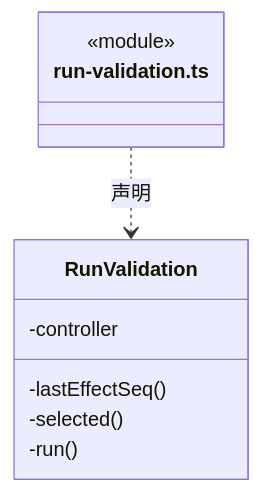
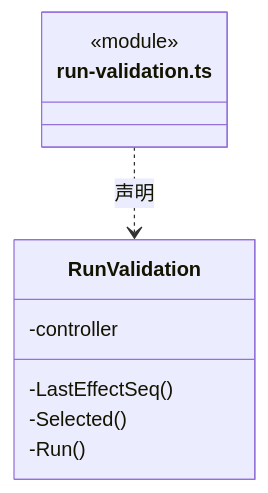
Diagram 16 of 18 in src/logic/execution/rules/capabilities/ARCHITECTURE.md (nan023062/cbim), drawn with Mermaid before and after one commit. The commit also changed other lines of this file and 1035 other files, not shown here.

````diff
--- a/src/logic/execution/rules/capabilities/ARCHITECTURE.md
+++ b/src/logic/execution/rules/capabilities/ARCHITECTURE.md
@@ -445,13 +445,13 @@
 ```mermaid
 classDiagram
 class N_src_logic_execution_rules_capabilities_run_validation_ts["run-validation.ts"] {
   <<module>>
 }
 class N_src_logic_execution_rules_capabilities_run_validation_ts_RunValidation["RunValidation"] {
   -controller
-  -lastEffectSeq()
-  -selected()
-  -run()
+  -LastEffectSeq()
+  -Selected()
+  -Run()
 }
 N_src_logic_execution_rules_capabilities_run_validation_ts ..> N_src_logic_execution_rules_capabilities_run_validation_ts_RunValidation : 声明
 ```
````
